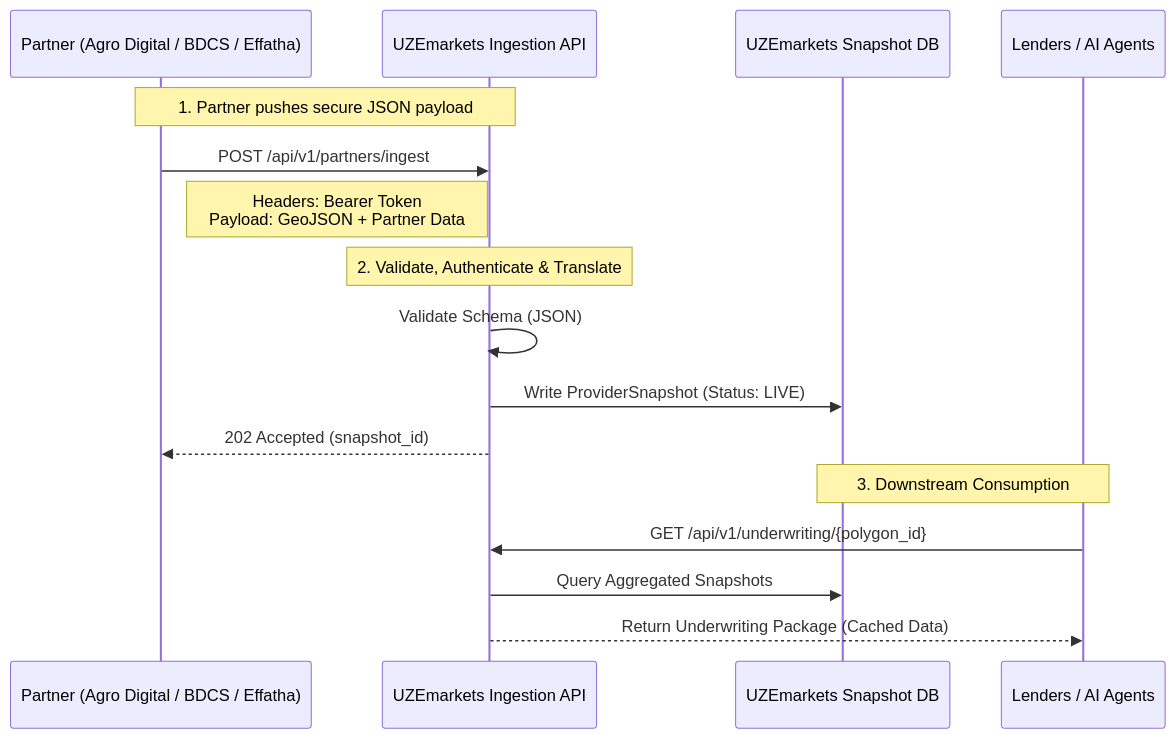
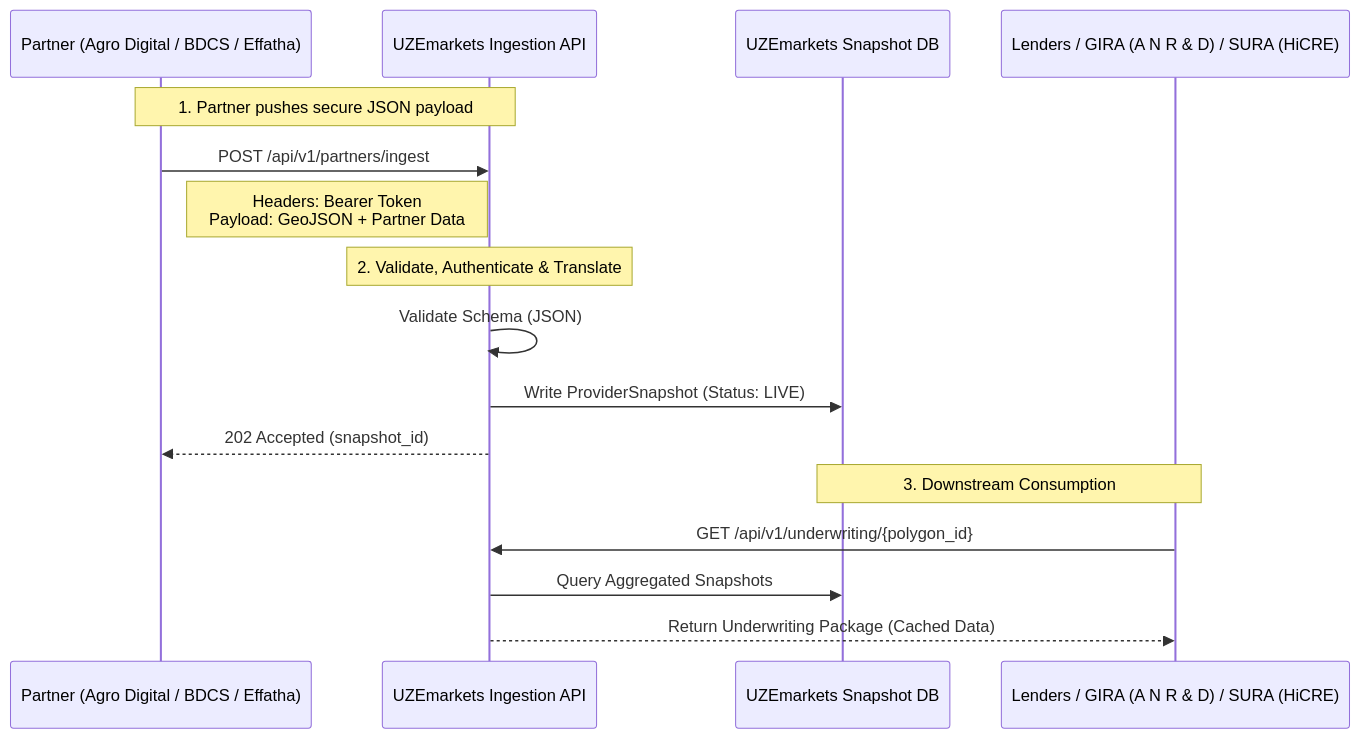
One commit to DEVBUILDSTACK/UZE changed the diagram in partners/diagrams/01-partner-ingestion.md. Above: the diagram before and after it, drawn with Mermaid. The commit also changed 2 other files, not shown here.

Commit message:
docs(devpartner): name GIRA (A N R & D) and SURA (HiCRE) as the consuming agents
README gains the consumer paragraph (partner data feeds GIRA's
guidance and underwriting outputs; SURA serves HiCRE); the
ingestion diagram's consumer participant is renamed; portal
tier-3 copy updated in en/pt-BR/es. Naming confirmed by James
2026-11-08: both agents are live public agents.

````diff
--- a/partners/diagrams/01-partner-ingestion.md
+++ b/partners/diagrams/01-partner-ingestion.md
@@ -3,22 +3,22 @@
 ```mermaid
 sequenceDiagram
     participant P as Partner (Agro Digital / BDCS / Effatha)
     participant API as UZEmarkets Ingestion API
     participant DB as UZEmarkets Snapshot DB
-    participant L as Lenders / AI Agents
+    participant L as Lenders / GIRA (A N R & D) / SURA (HiCRE)
 
     Note over P,API: 1. Partner pushes secure JSON payload
     P->>API: POST /api/v1/partners/ingest
     Note right of P: Headers: Bearer Token<br/>Payload: GeoJSON + Partner Data
 
     Note over API: 2. Validate, Authenticate & Translate
     API->>API: Validate Schema (JSON)
     API->>DB: Write ProviderSnapshot (Status: LIVE)
 
     API-->>P: 202 Accepted (snapshot_id)
 
     Note over DB,L: 3. Downstream Consumption
     L->>API: GET /api/v1/underwriting/{polygon_id}
     API->>DB: Query Aggregated Snapshots
     API-->>L: Return Underwriting Package (Cached Data)
 ```
````
